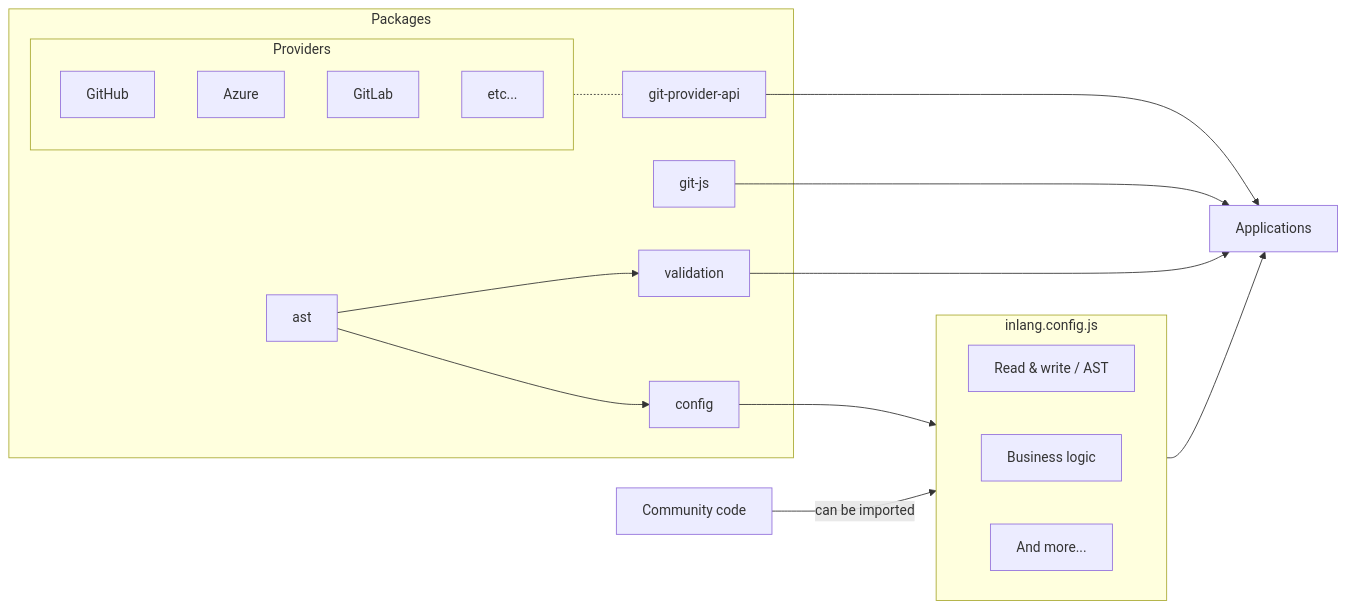
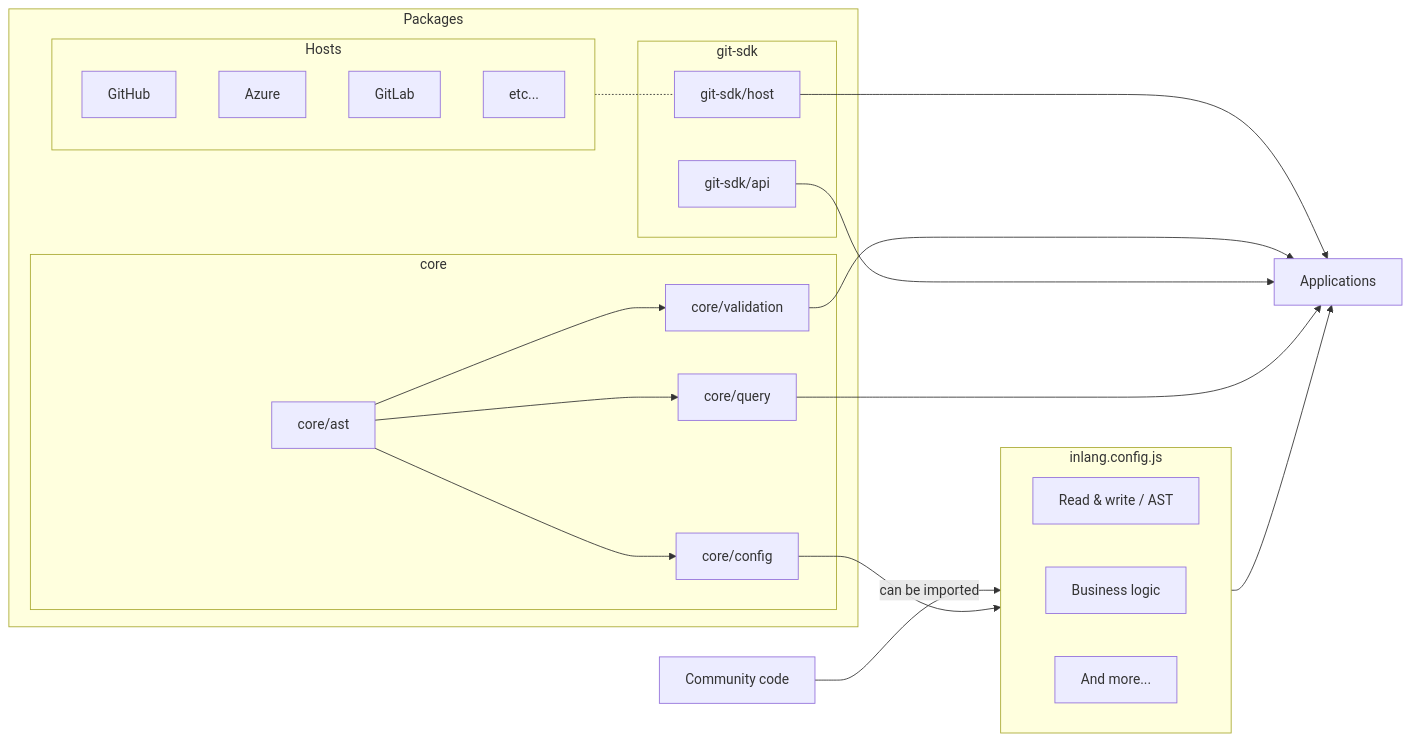
One commit to opral/monorepo changed the fourth of 4 diagrams in rfcs/001-core-architecture.md. Above: the diagram before and after it, drawn with Mermaid. The commit also changed other lines of this file, not shown here.

````diff
--- a/rfcs/001-core-architecture.md
+++ b/rfcs/001-core-architecture.md
@@ -492,32 +452,41 @@
 ```mermaid
+
 flowchart LR
     Applications
     subgraph Packages
-        subgraph Providers
+        subgraph Hosts
                 GitHub
                 Azure
                 GitLab
                 Other[etc...]
         end
-        Providers-.-Host
-        git[git-js]
-        Host[git-provider-api]
-        validation
-        ast
-        config
+        subgraph "git-sdk"
+            git[git-sdk/api]
+            Host[git-sdk/host]
+        end
+        subgraph core
+            validation[core/validation]
+            ast[core/ast]
+            query[core/query]
+            config[core/config]
+        end
+        Hosts-.-Host
     end
     subgraph External[inlang.config.js]
         direction LR
         Parsing[Read & write / AST]
         Workflow[Business logic]
         Other2[And more...]
     end
     Community[Community code]-->|can be imported|External
     config-->External
     External-->Applications
     Host-->Applications
     validation-->Applications
     git-->Applications
     ast-->config
     ast-->validation
+    ast-->query
+    query-->Applications
+
 ```
````
